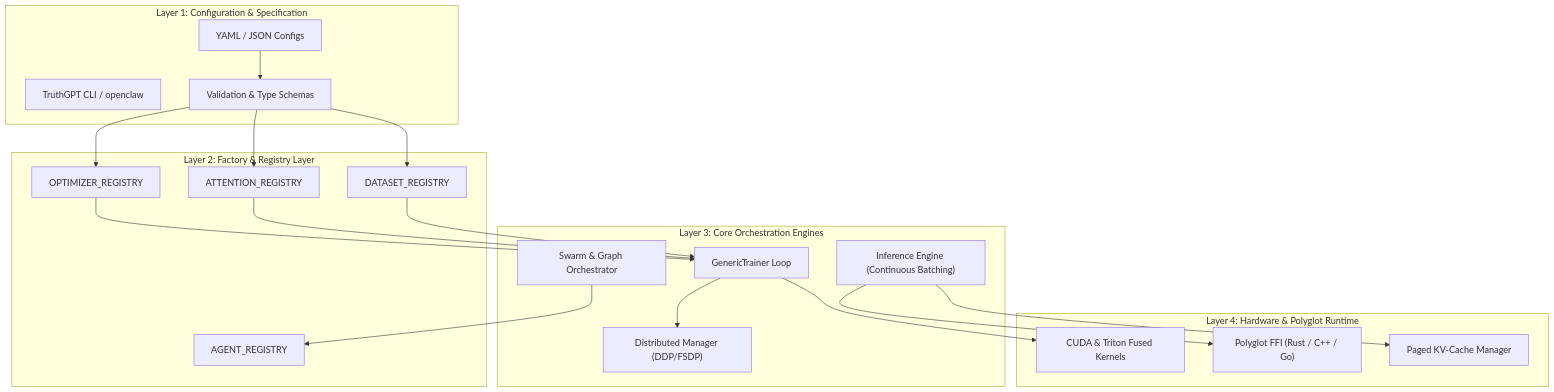
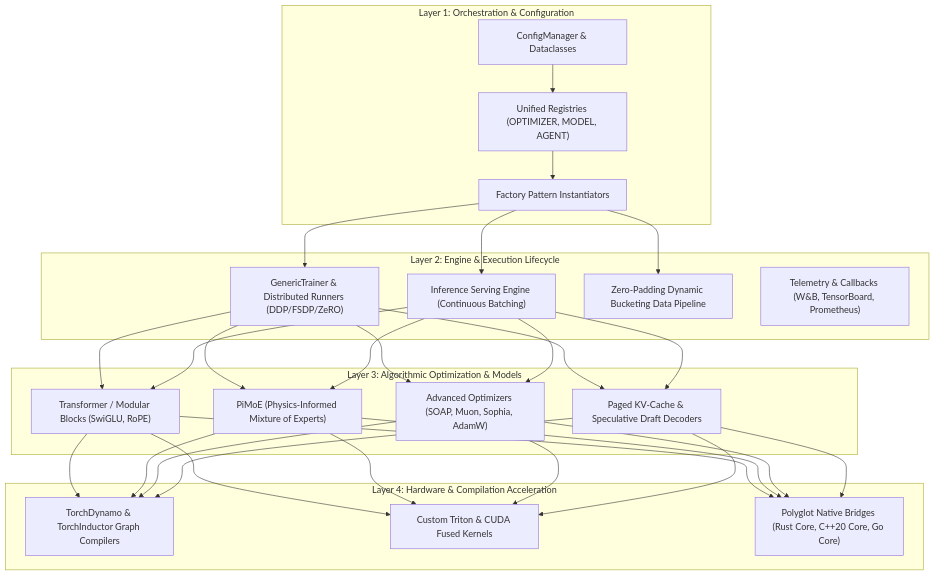
Before and after one commit to OpenBlatam/Truthgpt: the diagram in docs/core-architecture/overview.md, drawn with Mermaid. The commit also changed other lines of this file and 15 other files, not shown here.

````diff
--- a/docs/core-architecture/overview.md
+++ b/docs/core-architecture/overview.md
@@ -11,43 +11,33 @@
 ```mermaid
 graph TB
-    subgraph "Layer 1: Configuration & Specification"
-        YAML["YAML / JSON Configs"]
-        CLI["TruthGPT CLI / openclaw"]
-        RegistrySchema["Validation & Type Schemas"]
+    subgraph "Layer 1: Orchestration & Configuration"
+        A1["ConfigManager & Dataclasses"]
+        A2["Unified Registries (OPTIMIZER, MODEL, AGENT)"]
+        A3["Factory Pattern Instantiators"]
     end
 
-    subgraph "Layer 2: Factory & Registry Layer"
-        OptReg["OPTIMIZER_REGISTRY"]
-        AttnReg["ATTENTION_REGISTRY"]
-        DataReg["DATASET_REGISTRY"]
-        AgentReg["AGENT_REGISTRY"]
+    subgraph "Layer 2: Engine & Execution Lifecycle"
+        B1["GenericTrainer & Distributed Runners (DDP/FSDP/ZeRO)"]
+        B2["Inference Serving Engine (Continuous Batching)"]
+        B3["Zero-Padding Dynamic Bucketing Data Pipeline"]
+        B4["Telemetry & Callbacks (W&B, TensorBoard, Prometheus)"]
     end
 
-    subgraph "Layer 3: Core Orchestration Engines"
-        Trainer["GenericTrainer Loop"]
-        DistEngine["Distributed Manager (DDP/FSDP)"]
-        InfEngine["Inference Engine (Continuous Batching)"]
-        SwarmEngine["Swarm & Graph Orchestrator"]
+    subgraph "Layer 3: Algorithmic Optimization & Models"
+        C1["Transformer / Modular Blocks (SwiGLU, RoPE)"]
+        C2["PiMoE (Physics-Informed Mixture of Experts)"]
+        C3["Advanced Optimizers (SOAP, Muon, Sophia, AdamW)"]
+        C4["Paged KV-Cache & Speculative Draft Decoders"]
     end
 
-    subgraph "Layer 4: Hardware & Polyglot Runtime"
-        CUDA_Kernels["CUDA & Triton Fused Kernels"]
-        Polyglot_Bridge["Polyglot FFI (Rust / C++ / Go)"]
-        KVCache_Manager["Paged KV-Cache Manager"]
+    subgraph "Layer 4: Hardware & Compilation Acceleration"
+        D1["TorchDynamo & TorchInductor Graph Compilers"]
+        D2["Custom Triton & CUDA Fused Kernels"]
+        D3["Polyglot Native Bridges (Rust Core, C++20 Core, Go Core)"]
     end
 
-    YAML --> RegistrySchema
-    RegistrySchema --> OptReg
-    RegistrySchema --> AttnReg
-    RegistrySchema --> DataReg
-
-    OptReg --> Trainer
-    AttnReg --> Trainer
-    DataReg --> Trainer
-
-    Trainer --> DistEngine
-    Trainer --> CUDA_Kernels
-    InfEngine --> KVCache_Manager
-    InfEngine --> Polyglot_Bridge
-    SwarmEngine --> AgentReg
+    A1 --> A2 --> A3
+    A3 --> B1 & B2 & B3
+    B1 & B2 --> C1 & C2 & C3 & C4
+    C1 & C2 & C3 & C4 --> D1 & D2 & D3
 ```
````
